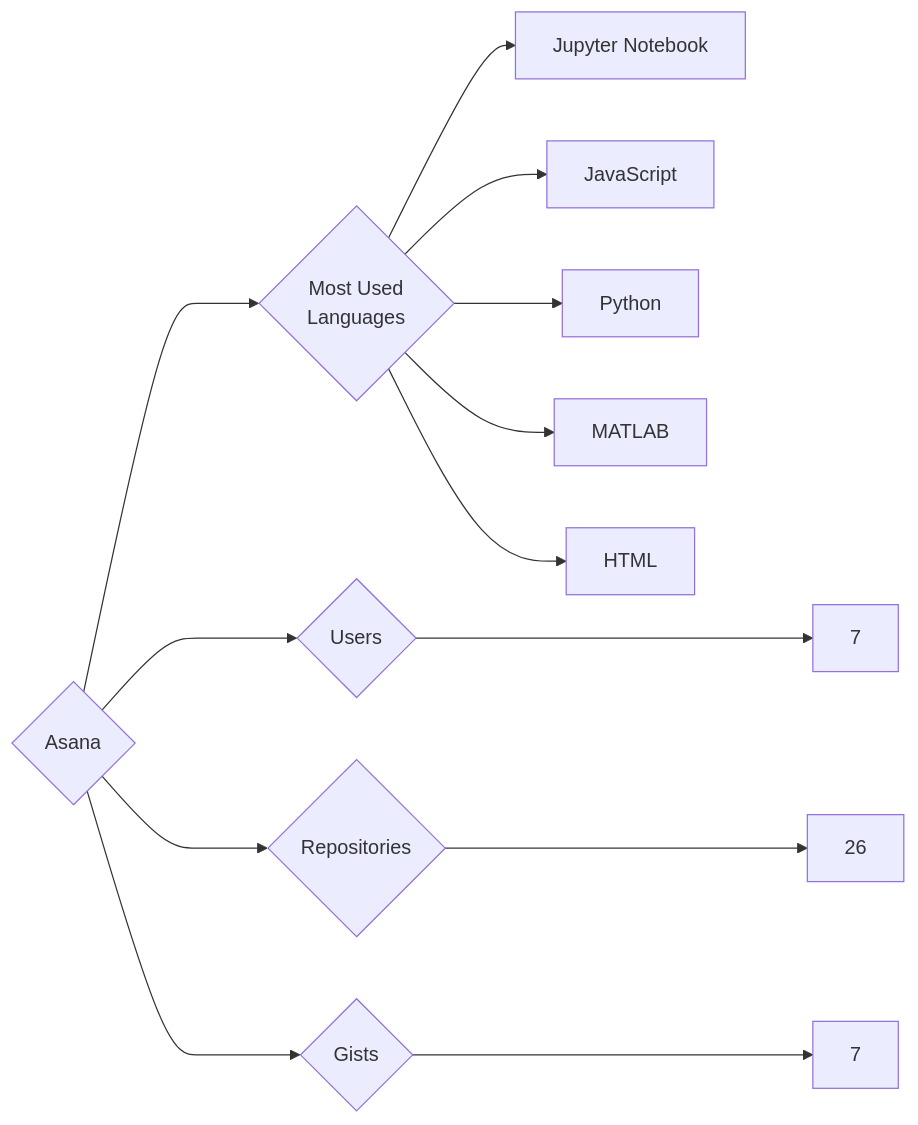
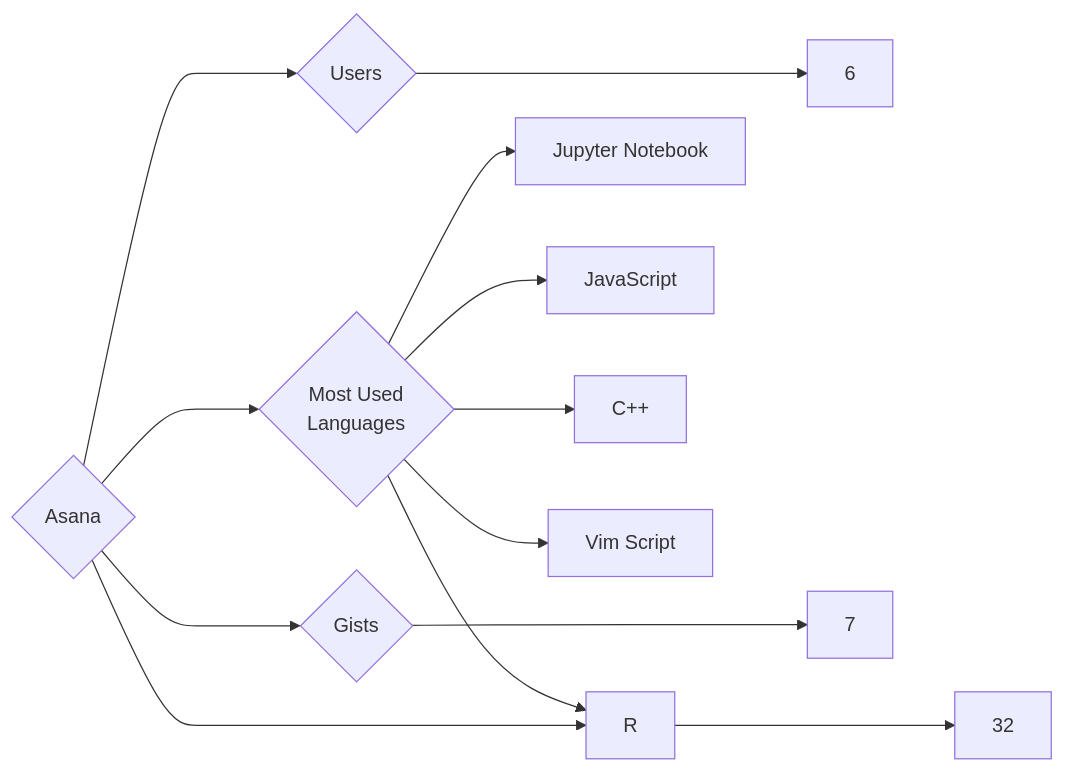
One commit to trickest/insiders changed the diagram in targets/Asana/README.md. Above: the diagram before and after it, drawn with Mermaid. The commit also changed 1148 other files, not shown here.

````diff
--- a/targets/Asana/README.md
+++ b/targets/Asana/README.md
@@ -3,13 +3,13 @@
 ```mermaid
 graph LR
 COMPANY_NAME{Asana}
-COMPANY_NAME ---> U{Users} ---> UN[7]
-COMPANY_NAME ---> R{Repositories} ---> RN[26]
+COMPANY_NAME ---> U{Users} ---> UN[6]
+COMPANY_NAME ---> R{Repositories} ---> RN[32]
 COMPANY_NAME ---> G{Gists} ---> GN[7]
 COMPANY_NAME ---> ML{Most Used<br>Languages}
 ML --> Jupyter_Notebook[Jupyter Notebook]
 ML --> JavaScript[JavaScript]
-ML --> Python[Python]
-ML --> MATLAB[MATLAB]
-ML --> HTML[HTML]
+ML --> C++[C++]
+ML --> Vim_Script[Vim Script]
+ML --> R[R]
 ```
````
